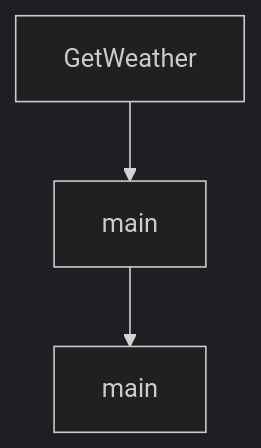
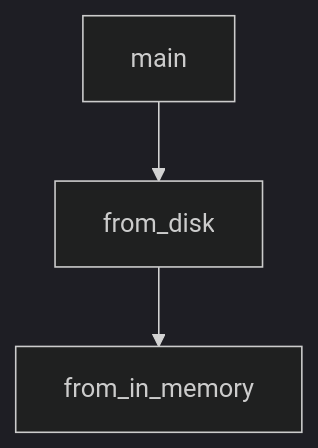
One commit to johnxie/awesome-code-docs changed the diagram in tutorials/openai-python-sdk-tutorial/08-integration-examples.md. Above: the diagram before and after it, drawn with Mermaid (dark theme). The commit also changed other lines of this file and 1232 other files, not shown here.

````diff
--- a/tutorials/openai-python-sdk-tutorial/08-integration-examples.md
+++ b/tutorials/openai-python-sdk-tutorial/08-integration-examples.md
@@ -177,8 +183,8 @@
 ```mermaid
 flowchart TD
-    A[GetWeather]
-    B[main]
-    C[main]
+    A[main]
+    B[from_disk]
+    C[from_in_memory]
     A --> B
     B --> C
 ```
````
